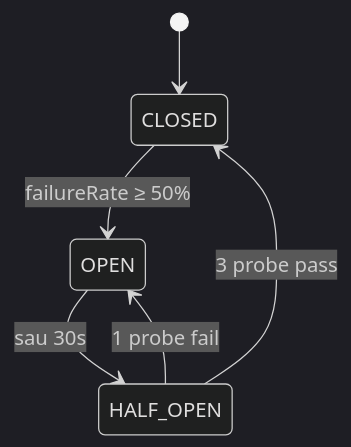
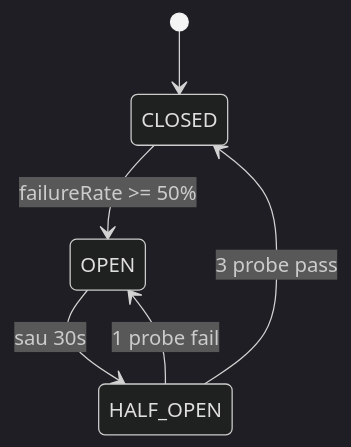
Before and after one commit to codevuichamcom/ecommerce-platform: the diagram in docs/evolution/12-luoi-an-toan.md, drawn with Mermaid (dark theme). The commit also changed other lines of this file and 17 other files, not shown here.

````diff
--- a/docs/evolution/12-luoi-an-toan.md
+++ b/docs/evolution/12-luoi-an-toan.md
@@ -65,8 +66,8 @@
 ```mermaid
 stateDiagram-v2
     [*] --> CLOSED
-    CLOSED --> OPEN: failureRate ≥ 50%
+    CLOSED --> OPEN: failureRate >= 50%
     OPEN --> HALF_OPEN: sau 30s
     HALF_OPEN --> CLOSED: 3 probe pass
     HALF_OPEN --> OPEN: 1 probe fail
 ```
````
